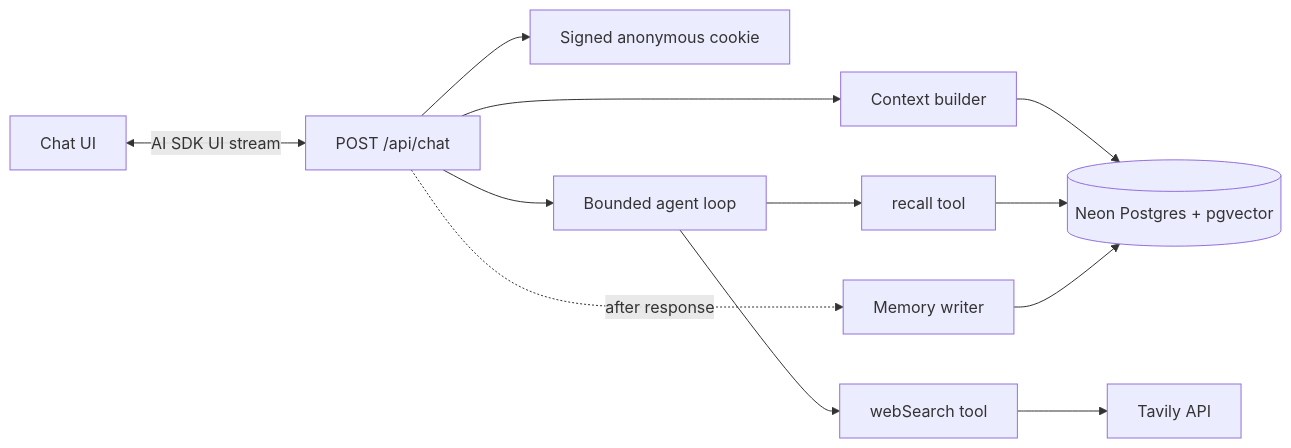
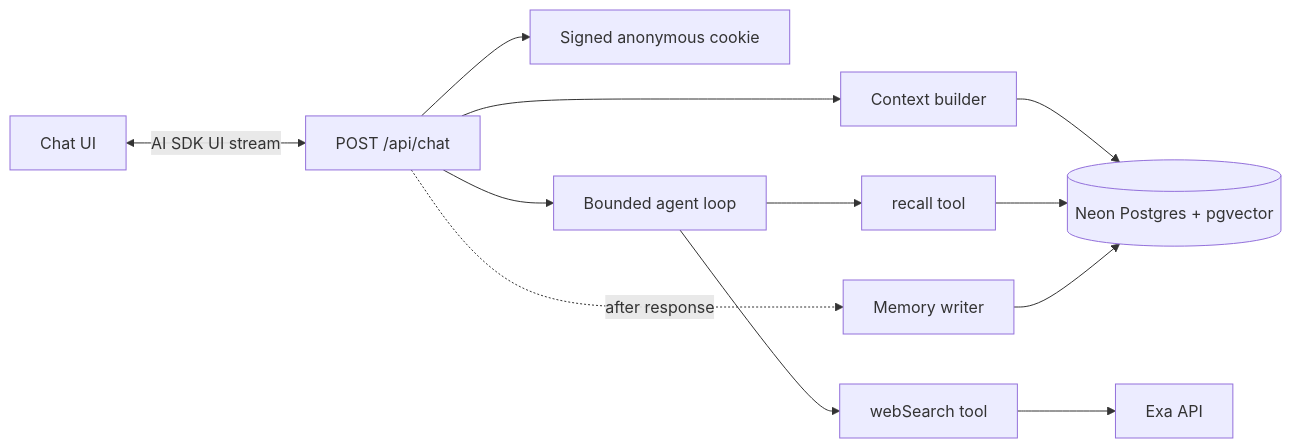
Before and after one commit to shashwat558/best-chat-agent: the first of 2 diagrams in DESIGN.md, drawn with Mermaid. The commit also changed 16 other files, not shown here.

````diff
--- a/DESIGN.md
+++ b/DESIGN.md
@@ -7,14 +7,14 @@
 ```mermaid
 flowchart LR
   UI[Chat UI] <-->|AI SDK UI stream| Route[POST /api/chat]
   Route --> Identity[Signed anonymous cookie]
   Route --> Context[Context builder]
   Context --> DB[(Neon Postgres + pgvector)]
   Route --> Agent[Bounded agent loop]
   Agent --> Recall[recall tool]
   Agent --> Search[webSearch tool]
   Recall --> DB
-  Search --> Provider[Tavily API]
+  Search --> Provider[Exa API]
   Route -. after response .-> Writer[Memory writer]
   Writer --> DB
 ```
````
